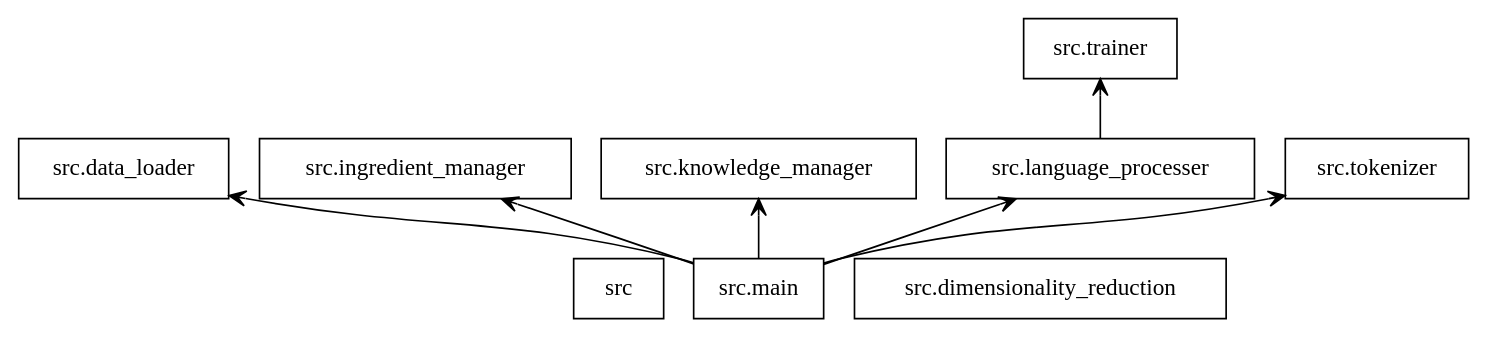
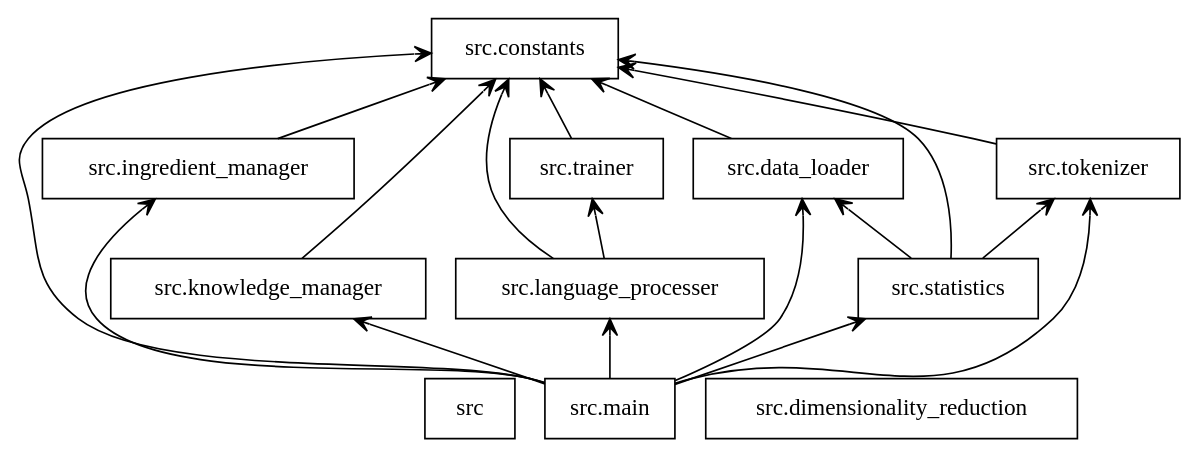
Before and after one commit to AlbertoSierraLopez/TFGDietDecomposition: the diagram in packages.dot, drawn with Graphviz. The commit also changed 7 other files, not shown here.

```diff
--- a/packages.dot
+++ b/packages.dot
@@ -1,19 +1,32 @@
 digraph "packages" {
 rankdir=BT
 charset="utf-8"
 "src" [color="black", label="src", shape="box", style="solid"];
+"src.constants" [color="black", label="src.constants", shape="box", style="solid"];
 "src.data_loader" [color="black", label="src.data_loader", shape="box", style="solid"];
 "src.dimensionality_reduction" [color="black", label="src.dimensionality_reduction", shape="box", style="solid"];
 "src.ingredient_manager" [color="black", label="src.ingredient_manager", shape="box", style="solid"];
 "src.knowledge_manager" [color="black", label="src.knowledge_manager", shape="box", style="solid"];
 "src.language_processer" [color="black", label="src.language_processer", shape="box", style="solid"];
 "src.main" [color="black", label="src.main", shape="box", style="solid"];
+"src.statistics" [color="black", label="src.statistics", shape="box", style="solid"];
 "src.tokenizer" [color="black", label="src.tokenizer", shape="box", style="solid"];
 "src.trainer" [color="black", label="src.trainer", shape="box", style="solid"];
+"src.data_loader" -> "src.constants" [arrowhead="open", arrowtail="none"];
+"src.ingredient_manager" -> "src.constants" [arrowhead="open", arrowtail="none"];
+"src.knowledge_manager" -> "src.constants" [arrowhead="open", arrowtail="none"];
+"src.language_processer" -> "src.constants" [arrowhead="open", arrowtail="none"];
 "src.language_processer" -> "src.trainer" [arrowhead="open", arrowtail="none"];
+"src.main" -> "src.constants" [arrowhead="open", arrowtail="none"];
 "src.main" -> "src.data_loader" [arrowhead="open", arrowtail="none"];
 "src.main" -> "src.ingredient_manager" [arrowhead="open", arrowtail="none"];
 "src.main" -> "src.knowledge_manager" [arrowhead="open", arrowtail="none"];
 "src.main" -> "src.language_processer" [arrowhead="open", arrowtail="none"];
+"src.main" -> "src.statistics" [arrowhead="open", arrowtail="none"];
 "src.main" -> "src.tokenizer" [arrowhead="open", arrowtail="none"];
+"src.statistics" -> "src.constants" [arrowhead="open", arrowtail="none"];
+"src.statistics" -> "src.data_loader" [arrowhead="open", arrowtail="none"];
+"src.statistics" -> "src.tokenizer" [arrowhead="open", arrowtail="none"];
+"src.tokenizer" -> "src.constants" [arrowhead="open", arrowtail="none"];
+"src.trainer" -> "src.constants" [arrowhead="open", arrowtail="none"];
 }
```
